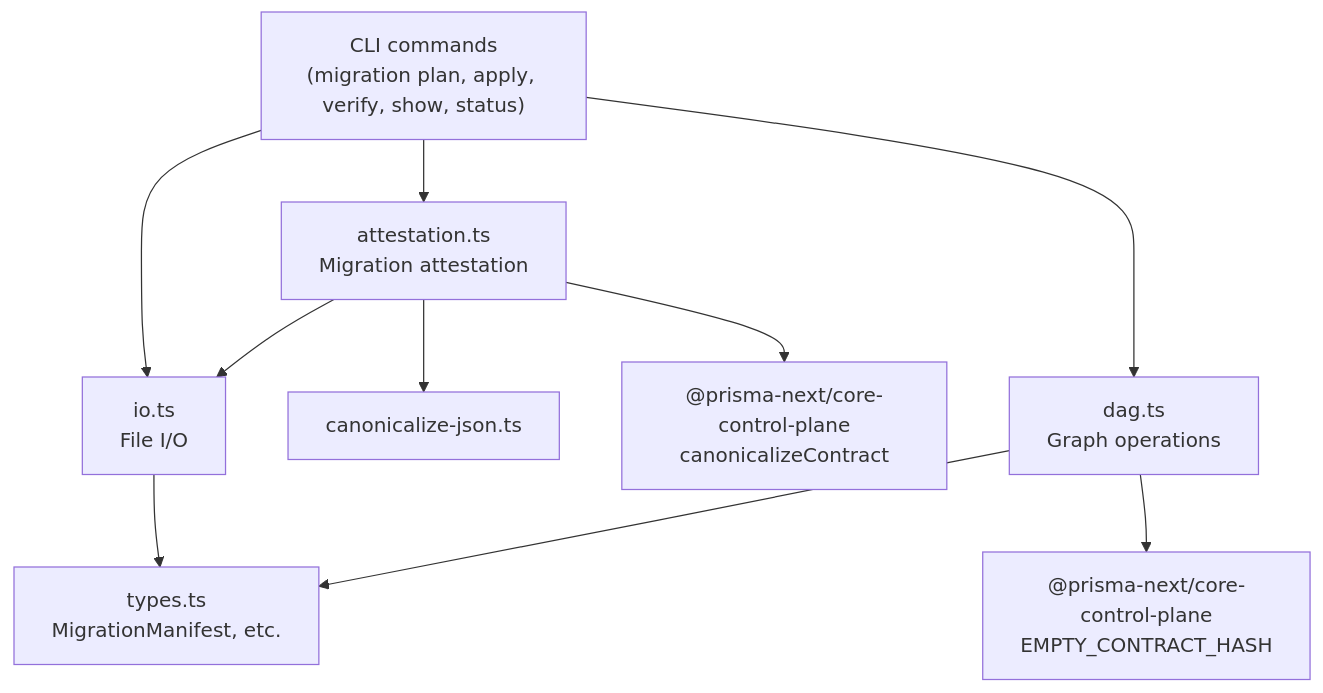
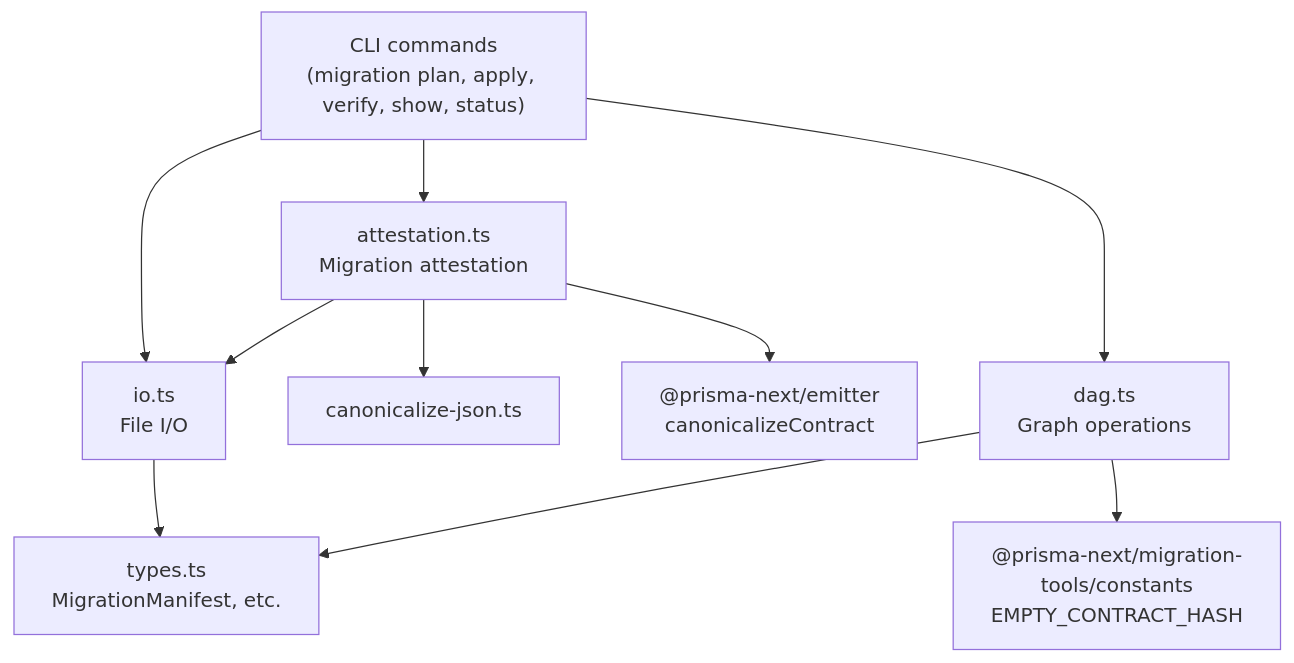
The diagram in packages/1-framework/3-tooling/migration/README.md (prisma/prisma-next), drawn with Mermaid before and after one commit. The commit also changed other lines of this file and 20 other files, not shown here.

````diff
--- a/packages/1-framework/3-tooling/migration/README.md
+++ b/packages/1-framework/3-tooling/migration/README.md
@@ -33,12 +33,12 @@
 ```mermaid
 graph TD
     CLI["CLI commands<br/>(migration plan, apply, verify, show, status)"] --> IO["io.ts<br/>File I/O"]
     CLI --> ATT["attestation.ts<br/>Migration attestation"]
     CLI --> GRAPH["dag.ts<br/>Graph operations"]
     IO --> TYPES["types.ts<br/>MigrationManifest, etc."]
     ATT --> IO
     ATT --> CAN["canonicalize-json.ts"]
-    ATT --> CP["@prisma-next/core-control-plane<br/>canonicalizeContract"]
+    ATT --> CP["@prisma-next/emitter<br/>canonicalizeContract"]
     GRAPH --> TYPES
-    GRAPH --> ABS["@prisma-next/core-control-plane<br/>EMPTY_CONTRACT_HASH"]
+    GRAPH --> ABS["@prisma-next/migration-tools/constants<br/>EMPTY_CONTRACT_HASH"]
 ```
````
